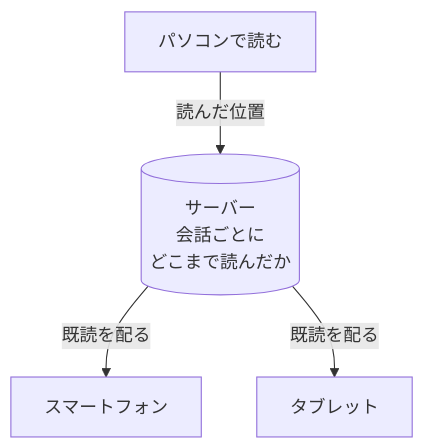
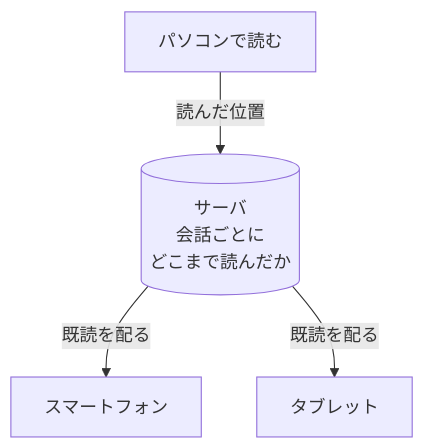
One commit to kanotown/taylis changed the diagram in website/docs/guide/activity.md. Above: the diagram before and after it, drawn with Mermaid. The commit also changed other lines of this file and 79 other files, not shown here.

Commit message:
Japanese text: サーバー → サーバ everywhere (UI, error texts, docs, site)

````diff
--- a/website/docs/guide/activity.md
+++ b/website/docs/guide/activity.md
@@ -55,6 +55,6 @@
 ```mermaid
 flowchart TD
-  PC["パソコンで読む"] -- "読んだ位置" --> S[("サーバー<br>会話ごとに<br>どこまで読んだか")]
+  PC["パソコンで読む"] -- "読んだ位置" --> S[("サーバ<br>会話ごとに<br>どこまで読んだか")]
   S -- "既読を配る" --> SP["スマートフォン"]
   S -- "既読を配る" --> TB["タブレット"]
 ```
````
